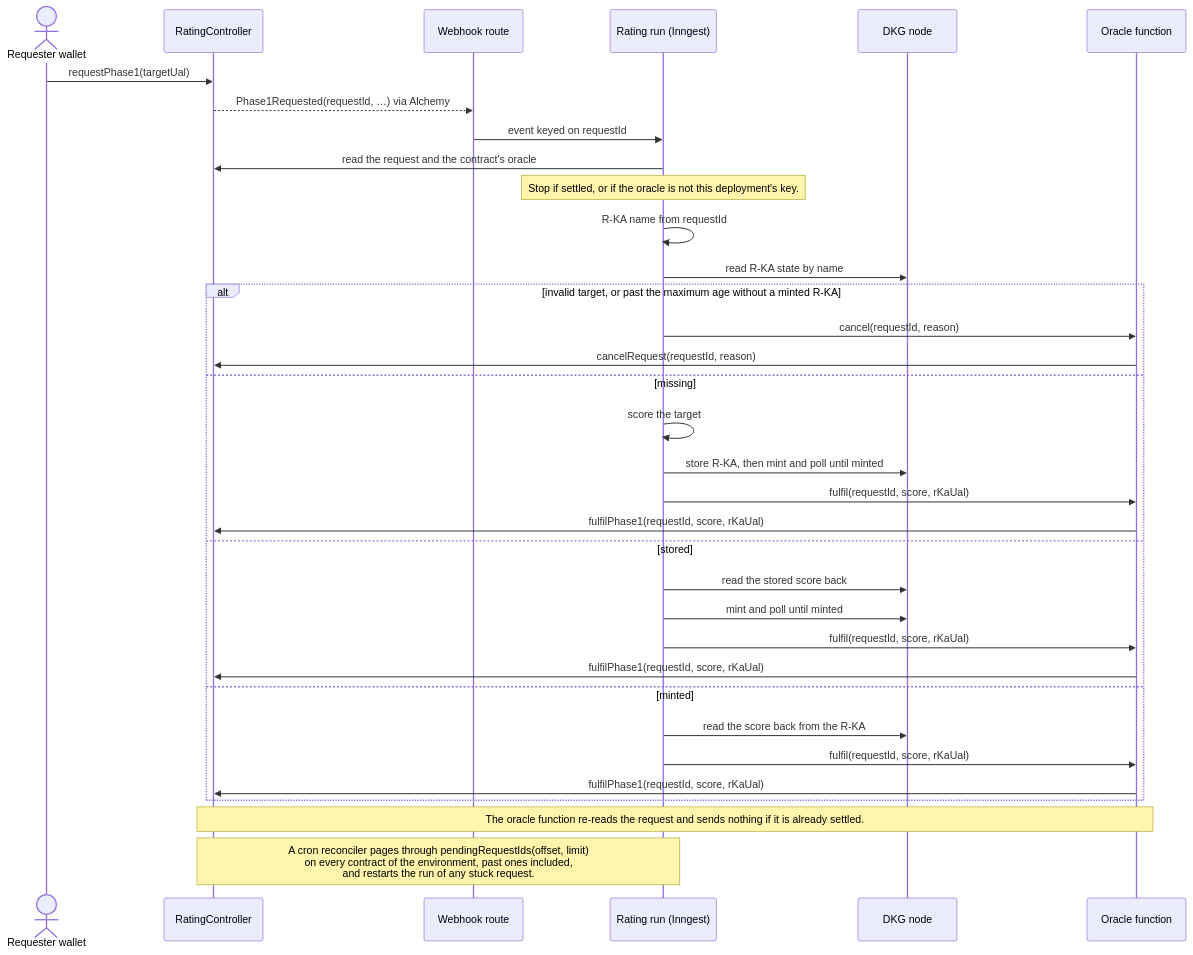
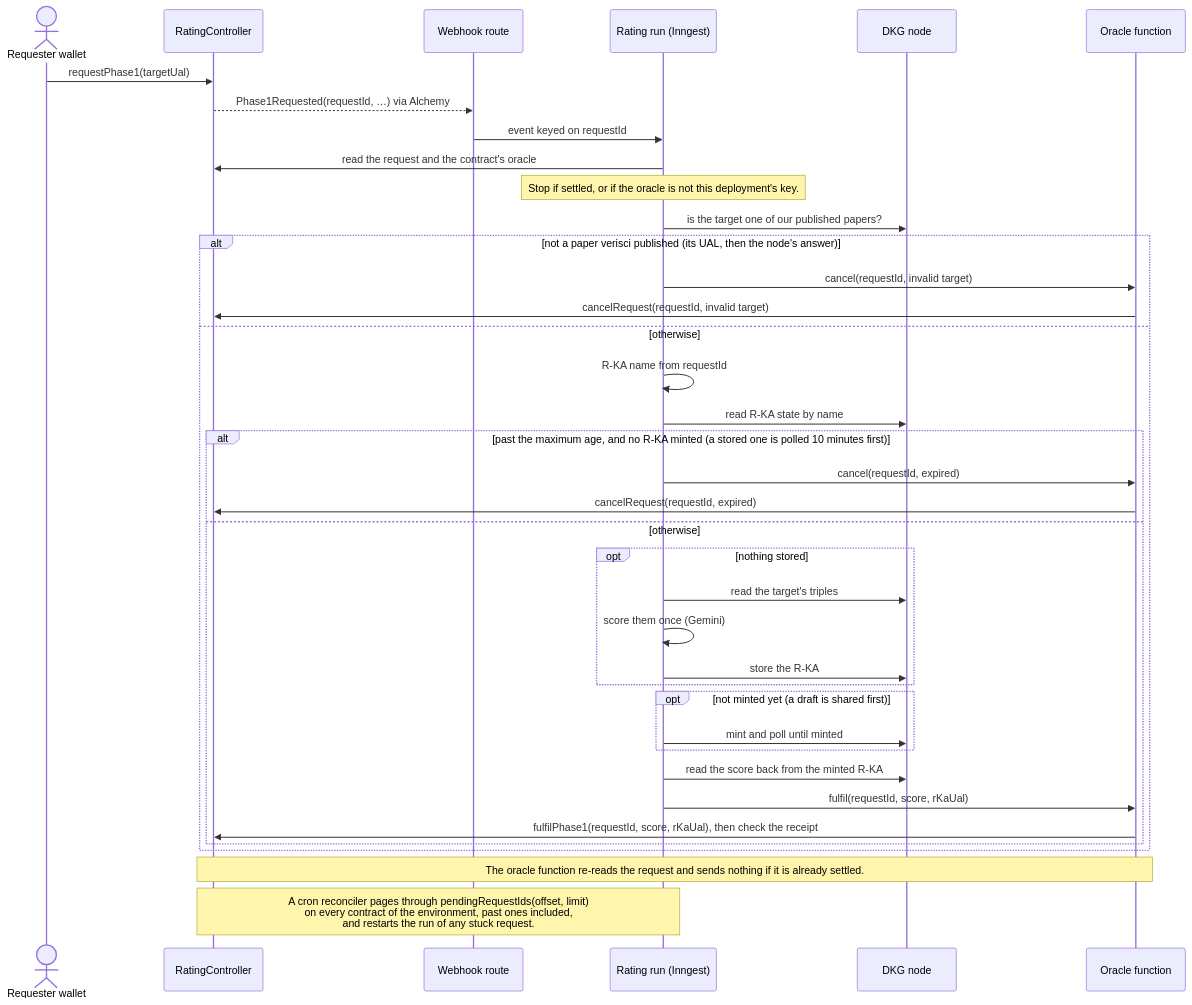
One commit to SiegfriedBz/labstrail changed the third of 3 diagrams in README.md. Above: the diagram before and after it, drawn with Mermaid. The commit also changed other lines of this file and 52 other files, not shown here.

First line of the commit message:
feat(workflows): rate requested papers and record them on chain (#28)

````diff
--- a/README.md
+++ b/README.md
@@ -169,36 +175,40 @@
 ```mermaid
 sequenceDiagram
   actor U as Requester wallet
   participant C as RatingController
   participant W as Webhook route
   participant R as Rating run (Inngest)
   participant N as DKG node
   participant O as Oracle function
   U->>C: requestPhase1(targetUal)
   C-->>W: Phase1Requested(requestId, …) via Alchemy
   W->>R: event keyed on requestId
   R->>C: read the request and the contract's oracle
   Note over R: Stop if settled, or if the oracle is not this deployment's key.
-  R->>R: R-KA name from requestId
-  R->>N: read R-KA state by name
-  alt invalid target, or past the maximum age without a minted R-KA
-    R->>O: cancel(requestId, reason)
-    O->>C: cancelRequest(requestId, reason)
-  else missing
-    R->>R: score the target
-    R->>N: store R-KA, then mint and poll until minted
-    R->>O: fulfil(requestId, score, rKaUal)
-    O->>C: fulfilPhase1(requestId, score, rKaUal)
-  else stored
-    R->>N: read the stored score back
-    R->>N: mint and poll until minted
-    R->>O: fulfil(requestId, score, rKaUal)
-    O->>C: fulfilPhase1(requestId, score, rKaUal)
-  else minted
-    R->>N: read the score back from the R-KA
-    R->>O: fulfil(requestId, score, rKaUal)
-    O->>C: fulfilPhase1(requestId, score, rKaUal)
+  R->>N: is the target one of our published papers?
+  alt not a paper verisci published (its UAL, then the node's answer)
+    R->>O: cancel(requestId, invalid target)
+    O->>C: cancelRequest(requestId, invalid target)
+  else otherwise
+    R->>R: R-KA name from requestId
+    R->>N: read R-KA state by name
+    alt past the maximum age, and no R-KA minted (a stored one is polled 10 minutes first)
+      R->>O: cancel(requestId, expired)
+      O->>C: cancelRequest(requestId, expired)
+    else otherwise
+      opt nothing stored
+        R->>N: read the target's triples
+        R->>R: score them once (Gemini)
+        R->>N: store the R-KA
+      end
+      opt not minted yet (a draft is shared first)
+        R->>N: mint and poll until minted
+      end
+      R->>N: read the score back from the minted R-KA
+      R->>O: fulfil(requestId, score, rKaUal)
+      O->>C: fulfilPhase1(requestId, score, rKaUal), then check the receipt
+    end
   end
   Note over C,O: The oracle function re-reads the request and sends nothing if it is already settled.
   Note over C,R: A cron reconciler pages through pendingRequestIds(offset, limit)<br/>on every contract of the environment, past ones included,<br/>and restarts the run of any stuck request.
 ```
````
